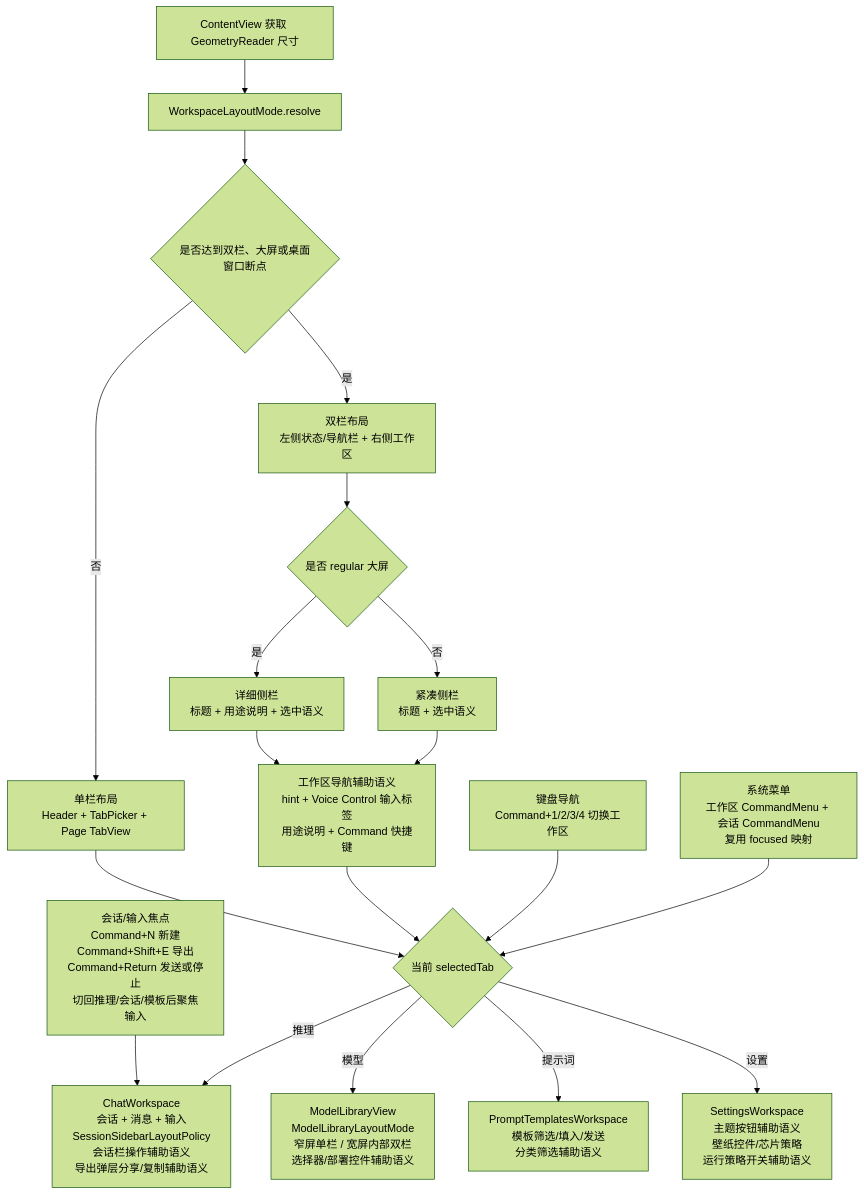
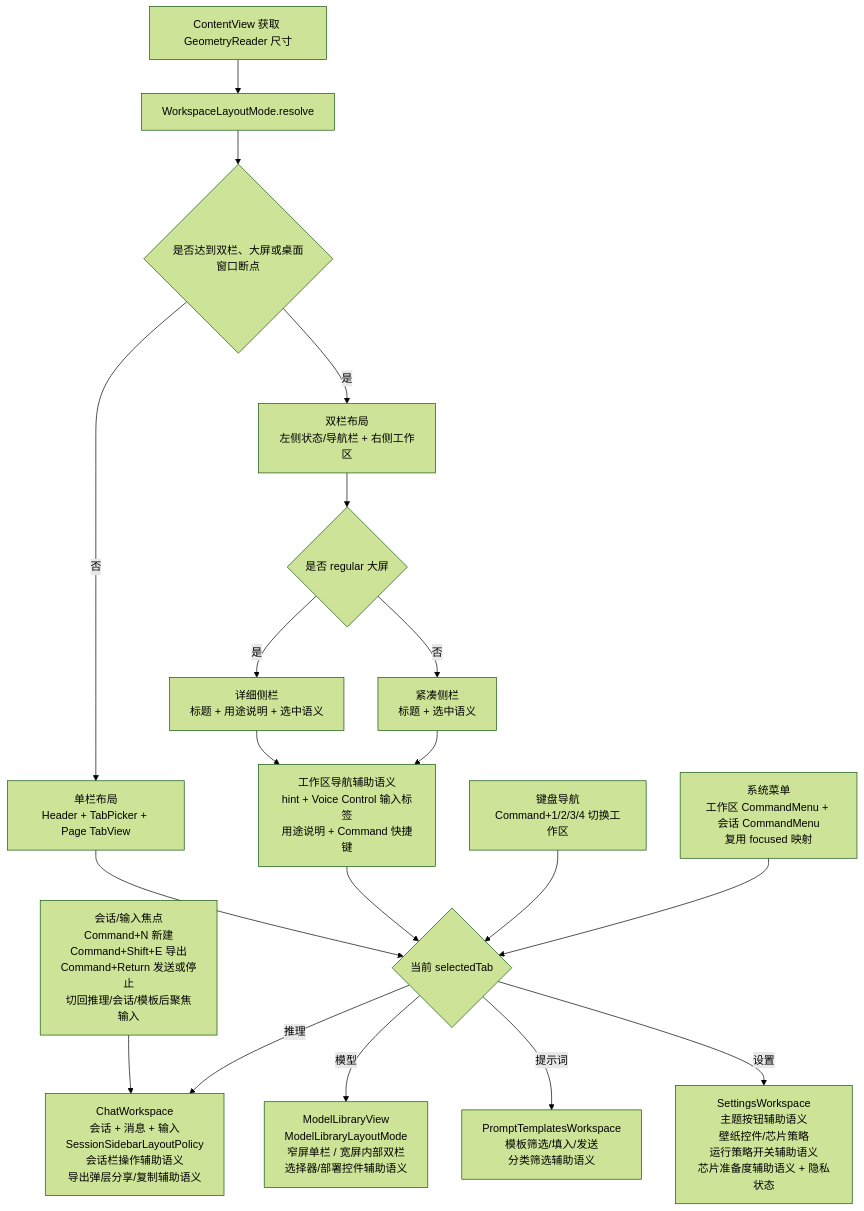
The fourth of 9 diagrams in md/flow/flowchart.md (Altman-sam114/113), drawn with Mermaid (forest theme) before and after one commit. The commit also changed other lines of this file and 9 other files, not shown here.

````diff
--- a/md/flow/flowchart.md
+++ b/md/flow/flowchart.md
@@ -68,21 +68,21 @@
 ```mermaid
 flowchart TD
     A[ContentView 获取 GeometryReader 尺寸] --> B[WorkspaceLayoutMode.resolve]
     B --> C{是否达到双栏、大屏或桌面窗口断点}
     C -- 否 --> D[单栏布局<br/>Header + TabPicker + Page TabView]
     C -- 是 --> E[双栏布局<br/>左侧状态/导航栏 + 右侧工作区]
     E --> N{是否 regular 大屏}
     N -- 是 --> O[详细侧栏<br/>标题 + 用途说明 + 选中语义]
     N -- 否 --> P[紧凑侧栏<br/>标题 + 选中语义]
     D --> F{当前 selectedTab}
     O --> X[工作区导航辅助语义<br/>hint + Voice Control 输入标签<br/>用途说明 + Command 快捷键]
     P --> X
     X --> F
     K[键盘导航<br/>Command+1/2/3/4 切换工作区] --> F
     M[系统菜单<br/>工作区 CommandMenu + 会话 CommandMenu<br/>复用 focused 映射] --> F
     L[会话/输入焦点<br/>Command+N 新建<br/>Command+Shift+E 导出<br/>Command+Return 发送或停止<br/>切回推理/会话/模板后聚焦输入] --> G
     F -- 推理 --> G[ChatWorkspace<br/>会话 + 消息 + 输入<br/>SessionSidebarLayoutPolicy<br/>会话栏操作辅助语义<br/>导出弹层分享/复制辅助语义]
     F -- 模型 --> H[ModelLibraryView<br/>ModelLibraryLayoutMode<br/>窄屏单栏 / 宽屏内部双栏<br/>选择器/部署控件辅助语义]
     F -- 提示词 --> I[PromptTemplatesWorkspace<br/>模板筛选/填入/发送<br/>分类筛选辅助语义]
-    F -- 设置 --> J[SettingsWorkspace<br/>主题按钮辅助语义<br/>壁纸控件/芯片策略<br/>运行策略开关辅助语义]
+    F -- 设置 --> J[SettingsWorkspace<br/>主题按钮辅助语义<br/>壁纸控件/芯片策略<br/>运行策略开关辅助语义<br/>芯片准备度辅助语义 + 隐私状态]
 ```
````
